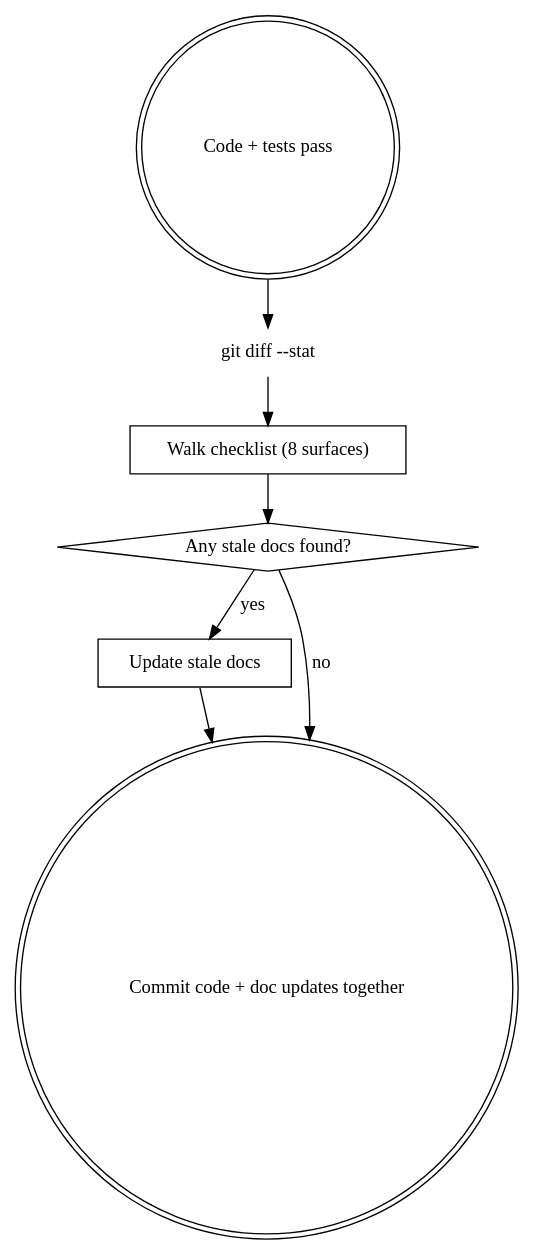
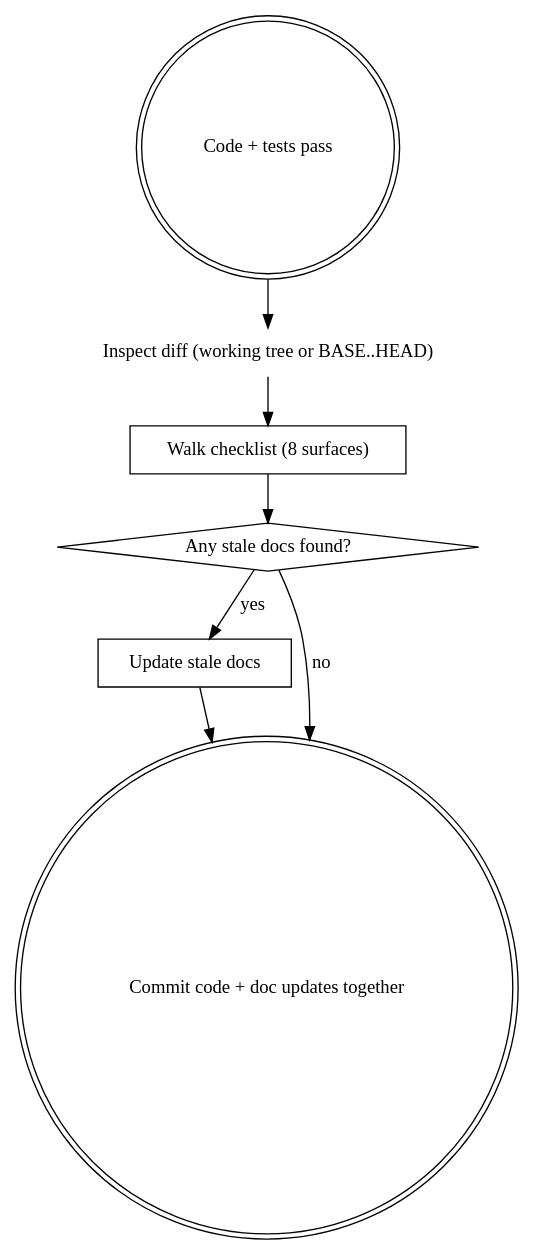
The diagram in agent-config/skills/update-stale-docs/SKILL.md (seankao31/dotfiles), drawn with Graphviz before and after one commit. The commit also changed other lines of this file and 1 other file, not shown here.

First line of the commit message:
update-stale-docs: accept --base <sha> for post-commit scope (ENG-193)

````diff
--- a/agent-config/skills/update-stale-docs/SKILL.md
+++ b/agent-config/skills/update-stale-docs/SKILL.md
@@ -28,17 +42,17 @@
 ```dot
 digraph sweep {
   "Code + tests pass" [shape=doublecircle];
-  "git diff --stat" [shape=plaintext];
+  "Inspect diff (working tree or BASE..HEAD)" [shape=plaintext];
   "Walk checklist (8 surfaces)" [shape=box];
   "Any stale docs found?" [shape=diamond];
   "Update stale docs" [shape=box];
   "Commit code + doc updates together" [shape=doublecircle];
 
-  "Code + tests pass" -> "git diff --stat";
-  "git diff --stat" -> "Walk checklist (8 surfaces)";
+  "Code + tests pass" -> "Inspect diff (working tree or BASE..HEAD)";
+  "Inspect diff (working tree or BASE..HEAD)" -> "Walk checklist (8 surfaces)";
   "Walk checklist (8 surfaces)" -> "Any stale docs found?";
   "Any stale docs found?" -> "Update stale docs" [label="yes"];
   "Any stale docs found?" -> "Commit code + doc updates together" [label="no"];
   "Update stale docs" -> "Commit code + doc updates together";
 }
 ```
````
